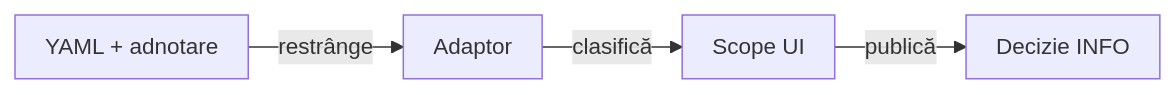
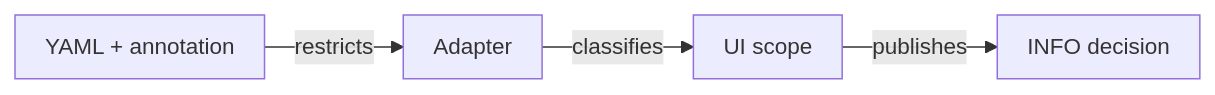
The fourth of 13 diagrams in atf-test-practice-shop/README.md (crististefanita/atf_j0), drawn with Mermaid before and after one commit. The commit also changed other lines of this file and 113 other files, not shown here.

````diff
--- a/atf-test-practice-shop/README.md
+++ b/atf-test-practice-shop/README.md
@@ -526,7 +567,7 @@
 ```mermaid
 %%{init: {"themeVariables":{"fontSize":"15px"},"themeCSS":".nodeLabel, .nodeLabel p { font-size: 15px !important; line-height: 1.35 !important; } .edgeLabel, .edgeLabel p { font-size: 12px !important; font-weight: 400 !important; line-height: 1.2 !important; } .edgeLabel .labelBkg, .edgeLabel p { background: transparent !important; } .edgeLabel foreignObject { transform: translateY(-18px); overflow: visible; } .node rect { rx: 6px; ry: 6px; }","flowchart":{"curve":"linear","nodeSpacing":24,"rankSpacing":40,"padding":10,"diagramPadding":16}}}%%
 flowchart LR
-    Yaml["YAML + adnotare"] -->|restrânge| Adapter["Adaptor"]
-    Adapter -->|clasifică| Scope["Scope UI"]
-    Scope -->|publică| Evidence["Decizie INFO"]
+    Yaml["YAML + annotation"] -->|restricts| Adapter["Adapter"]
+    Adapter -->|classifies| Scope["UI scope"]
+    Scope -->|publishes| Evidence["INFO decision"]
 ```
````
